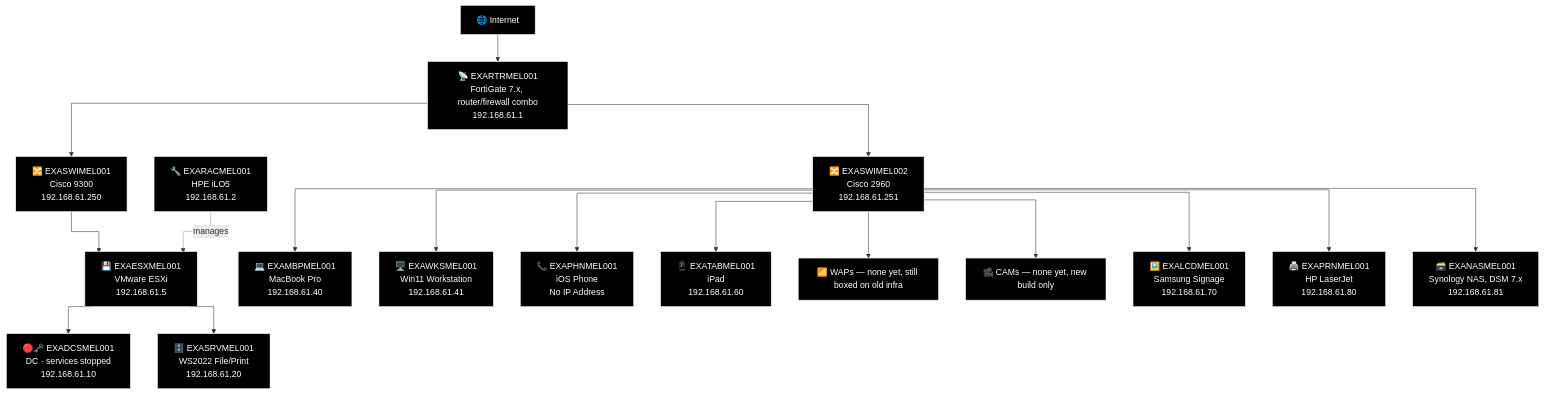
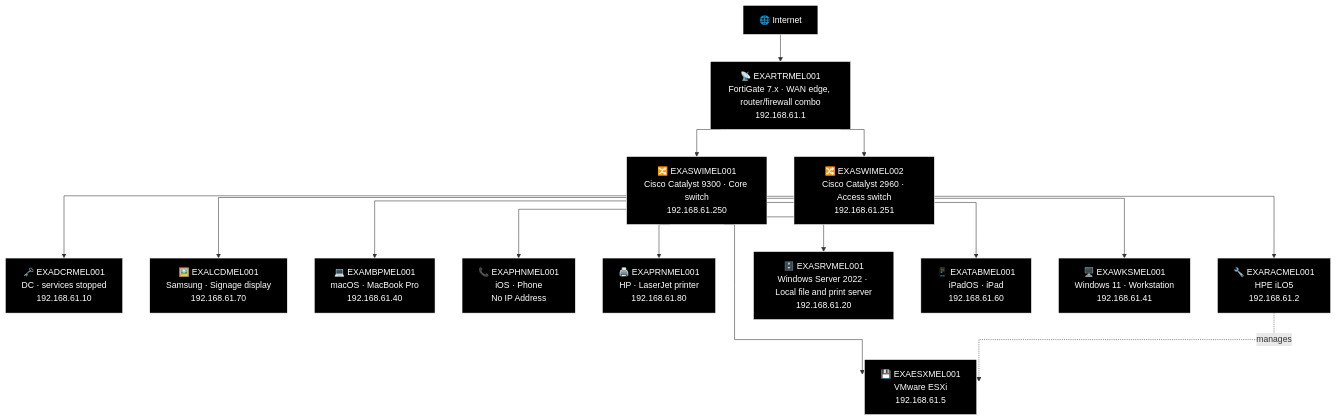
One commit to knightmare2600/example_music_infra changed the fourth of 6 diagrams in docs/network-diagram/australia.md. Above: the diagram before and after it, drawn with Mermaid. The commit also changed other lines of this file and 8 other files, not shown here.

````diff
--- a/docs/network-diagram/australia.md
+++ b/docs/network-diagram/australia.md
@@ -219,57 +217,49 @@
 ```mermaid
+%% GENERATED:OLDNETWORK:MEL:START
 %%{init: {'flowchart': {'curve': 'stepAfter'}}}%%
 graph TD
     O_INET["🌐 Internet"]
-    O_RTR["📡 EXARTRMEL001<br/>FortiGate 7.x, router/firewall combo<br/>192.168.61.1"]
+    O_RTR["📡 EXARTRMEL001<br/>FortiGate 7.x · WAN edge, router/firewall combo<br/>192.168.61.1"]
+    O_SWI1["🔀 EXASWIMEL001<br/>Cisco Catalyst 9300 · Core switch<br/>192.168.61.250"]
+    O_SWI2["🔀 EXASWIMEL002<br/>Cisco Catalyst 2960 · Access switch<br/>192.168.61.251"]
+    O_DCR["🗝️ EXADCRMEL001<br/>DC · services stopped<br/>192.168.61.10"]
+    O_ESX["💾 EXAESXMEL001<br/>VMware ESXi<br/>192.168.61.5"]
+    O_LCD["🖼️ EXALCDMEL001<br/>Samsung · Signage display<br/>192.168.61.70"]
+    O_MBP["💻 EXAMBPMEL001<br/>macOS · MacBook Pro<br/>192.168.61.40"]
+    O_PHN["📞 EXAPHNMEL001<br/>iOS · Phone<br/>No IP Address"]
+    O_PRN["🖨️ EXAPRNMEL001<br/>HP · LaserJet printer<br/>192.168.61.80"]
+    O_RAC["🔧 EXARACMEL001<br/>HPE iLO5<br/>192.168.61.2"]
+    O_SRV["🗄️ EXASRVMEL001<br/>Windows Server 2022 · Local file and print server<br/>192.168.61.20"]
+    O_TAB["📱 EXATABMEL001<br/>iPadOS · iPad<br/>192.168.61.60"]
+    O_WKS["🖥️ EXAWKSMEL001<br/>Windows 11 · Workstation<br/>192.168.61.41"]
     O_INET --> O_RTR
-    O_SW1["🔀 EXASWIMEL001<br/>Cisco 9300<br/>192.168.61.250"]
-    O_SW2["🔀 EXASWIMEL002<br/>Cisco 2960<br/>192.168.61.251"]
-    O_RTR --> O_SW1
-    O_RTR --> O_SW2
-
-    O_RAC["🔧 EXARACMEL001<br/>HPE iLO5<br/>192.168.61.2"]
-    O_ESX["💾 EXAESXMEL001<br/>VMware ESXi<br/>192.168.61.5"]
-    O_DC["🔴🗝️ EXADCSMEL001<br/>DC · services stopped<br/>192.168.61.10"]
-    O_SRV["🗄️ EXASRVMEL001<br/>WS2022 File/Print<br/>192.168.61.20"]
-    O_SW1 --> O_ESX
+    O_RTR --> O_SWI1
+    O_RTR --> O_SWI2
+    O_SWI1 --> O_DCR
+    O_SWI1 --> O_ESX
+    O_SWI1 --> O_LCD
+    O_SWI1 --> O_MBP
+    O_SWI1 --> O_PHN
+    O_SWI1 --> O_PRN
+    O_SWI1 --> O_RAC
     O_RAC -.->|"manages"| O_ESX
-    O_ESX --> O_DC
-    O_ESX --> O_SRV
-
-    O_MBP["💻 EXAMBPMEL001<br/>MacBook Pro<br/>192.168.61.40"]
-    O_WKS["🖥️ EXAWKSMEL001<br/>Win11 Workstation<br/>192.168.61.41"]
-    O_PHN["📞 EXAPHNMEL001<br/>iOS Phone<br/>No IP Address"]
-    O_TAB["📱 EXATABMEL001<br/>iPad<br/>192.168.61.60"]
-    O_WAP["📶 WAPs — none yet, still boxed on old infra"]
-    O_CAM["🎥 CAMs — none yet, new build only"]
-    O_LCD["🖼️ EXALCDMEL001<br/>Samsung Signage<br/>192.168.61.70"]
-    O_PRN["🖨️ EXAPRNMEL001<br/>HP LaserJet<br/>192.168.61.80"]
-    O_NAS["🗃️ EXANASMEL001<br/>Synology NAS, DSM 7.x<br/>192.168.61.81"]
-    O_SW2 --> O_MBP
-    O_SW2 --> O_WKS
-    O_SW2 --> O_PHN
-    O_SW2 --> O_TAB
-    O_SW2 --> O_WAP
-    O_SW2 --> O_CAM
-    O_SW2 --> O_LCD
-    O_SW2 --> O_PRN
-    O_SW2 --> O_NAS
+    O_SWI1 --> O_SRV
+    O_SWI1 --> O_TAB
+    O_SWI1 --> O_WKS
 
     style O_INET fill:#000000,stroke:#FFFFFF,color:#FFFFFF
     style O_RTR fill:#000000,stroke:#FFFFFF,color:#FFFFFF
-    style O_SW1 fill:#000000,stroke:#FFFFFF,color:#FFFFFF
-    style O_SW2 fill:#000000,stroke:#FFFFFF,color:#FFFFFF
+    style O_SWI1 fill:#000000,stroke:#FFFFFF,color:#FFFFFF
+    style O_SWI2 fill:#000000,stroke:#FFFFFF,color:#FFFFFF
+    style O_DCR fill:#000000,stroke:#FFFFFF,color:#FFFFFF
+    style O_ESX fill:#000000,stroke:#FFFFFF,color:#FFFFFF
+    style O_LCD fill:#000000,stroke:#FFFFFF,color:#FFFFFF
+    style O_MBP fill:#000000,stroke:#FFFFFF,color:#FFFFFF
+    style O_PHN fill:#000000,stroke:#FFFFFF,color:#FFFFFF
+    style O_PRN fill:#000000,stroke:#FFFFFF,color:#FFFFFF
     style O_RAC fill:#000000,stroke:#FFFFFF,color:#FFFFFF
-    style O_ESX fill:#000000,stroke:#FFFFFF,color:#FFFFFF
-    style O_DC fill:#000000,stroke:#FFFFFF,color:#FFFFFF
     style O_SRV fill:#000000,stroke:#FFFFFF,color:#FFFFFF
-    style O_MBP fill:#000000,stroke:#FFFFFF,color:#FFFFFF
+    style O_TAB fill:#000000,stroke:#FFFFFF,color:#FFFFFF
     style O_WKS fill:#000000,stroke:#FFFFFF,color:#FFFFFF
-    style O_PHN fill:#000000,stroke:#FFFFFF,color:#FFFFFF
-    style O_TAB fill:#000000,stroke:#FFFFFF,color:#FFFFFF
-    style O_WAP fill:#000000,stroke:#FFFFFF,color:#FFFFFF
-    style O_CAM fill:#000000,stroke:#FFFFFF,color:#FFFFFF
-    style O_LCD fill:#000000,stroke:#FFFFFF,color:#FFFFFF
-    style O_PRN fill:#000000,stroke:#FFFFFF,color:#FFFFFF
-    style O_NAS fill:#000000,stroke:#FFFFFF,color:#FFFFFF
+%% GENERATED:OLDNETWORK:MEL:END
 ```
````
